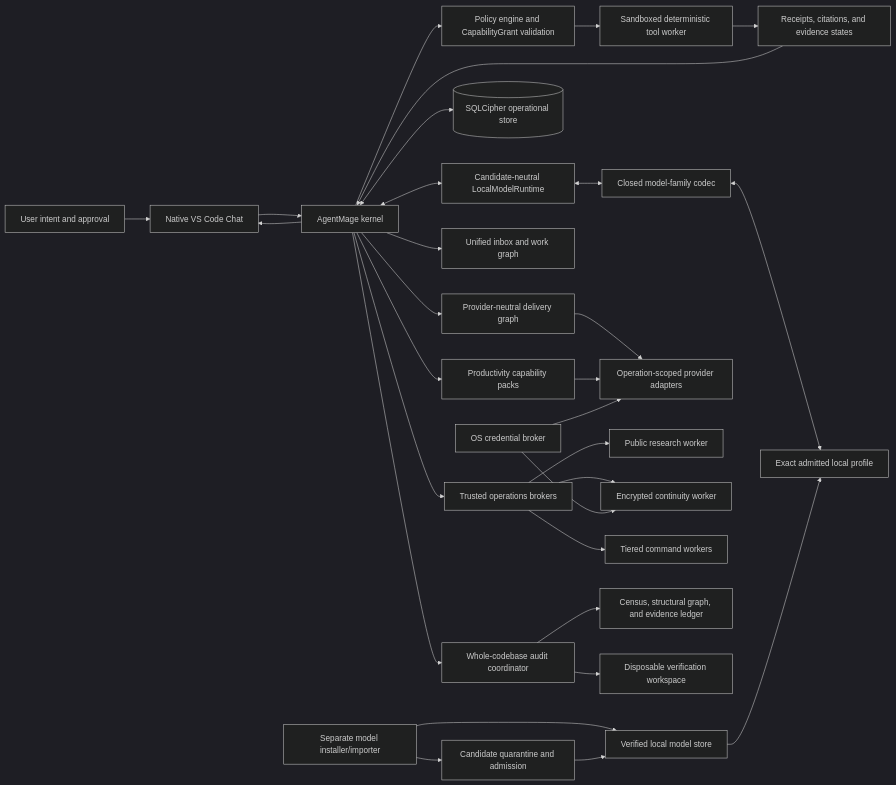
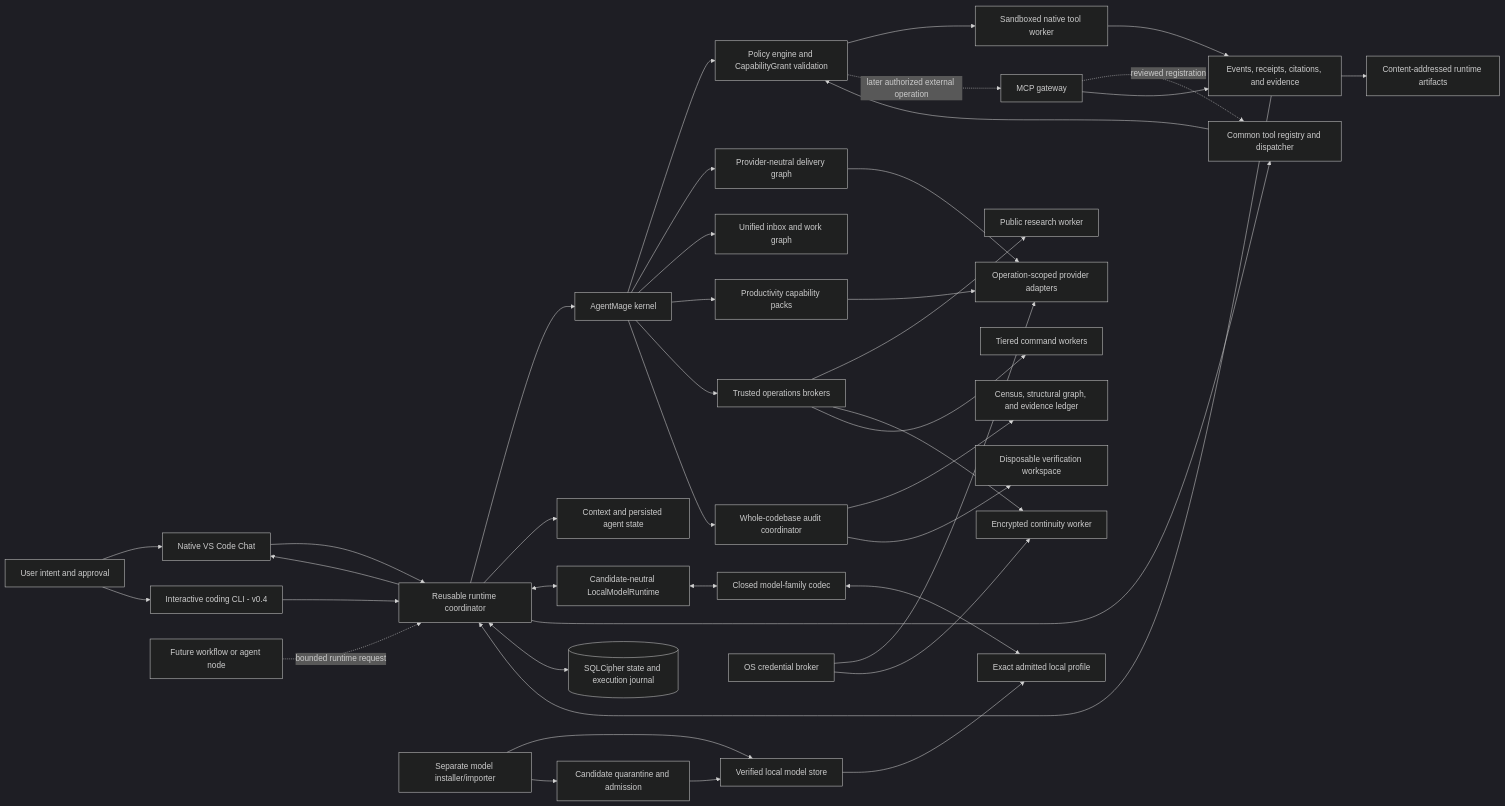
One commit to AaronNHorvitz/AgentMage changed the first of 3 diagrams in README.md. Above: the diagram before and after it, drawn with Mermaid (dark theme). The commit also changed other lines of this file and 13 other files, not shown here.

Commit message:
docs(planning): integrate reusable coding harness roadmap

````diff
--- a/README.md
+++ b/README.md
@@ -238,32 +246,43 @@
 ```mermaid
 flowchart LR
     U["User intent and approval"] --> V["Native VS Code Chat"]
-    V --> K["AgentMage kernel"]
+    U --> CLI["Interactive coding CLI - v0.4"]
+    V --> RC["Reusable runtime coordinator"]
+    CLI --> RC
+    FLOWNODE["Future workflow or agent node"] -. "bounded runtime request" .-> RC
+    RC --> K["AgentMage kernel"]
+    RC --> CTX["Context and persisted agent state"]
     K --> P["Policy engine and CapabilityGrant validation"]
-    K <--> M["Candidate-neutral LocalModelRuntime"]
+    RC <--> M["Candidate-neutral LocalModelRuntime"]
     M <--> F["Closed model-family codec"]
     F <--> Q["Exact admitted local profile"]
-    P --> T["Sandboxed deterministic tool worker"]
-    T --> E["Receipts, citations, and evidence states"]
-    E --> K
-    K <--> S[("SQLCipher operational store")]
-    K --> V
+    RC --> TR["Common tool registry and dispatcher"]
+    TR --> P
+    P --> T["Sandboxed native tool worker"]
+    MCP["MCP gateway"] -. "reviewed registration" .-> TR
+    P -. "later authorized external operation" .-> MCP
+    T --> EV["Events, receipts, citations, and evidence"]
+    MCP --> EV
+    EV --> RC
+    RC <--> S[("SQLCipher state and execution journal")]
+    EV --> RA["Content-addressed runtime artifacts"]
+    RC --> V
     I["Separate model installer/importer"] --> A["Verified local model store"]
     A --> Q
     K --> D["Provider-neutral delivery graph"]
     D --> C["Operation-scoped provider adapters"]
     K --> W["Unified inbox and work graph"]
     K --> X["Productivity capability packs"]
     X --> C
     K --> O["Trusted operations brokers"]
     O --> R["Public research worker"]
     O --> B["Encrypted continuity worker"]
     O --> H["Tiered command workers"]
     K --> Z["Whole-codebase audit coordinator"]
     Z --> Y["Census, structural graph, and evidence ledger"]
     Z --> J["Disposable verification workspace"]
     G["OS credential broker"] --> C
     G --> B
     I --> AQ["Candidate quarantine and admission"]
     AQ --> A
 ```
````
